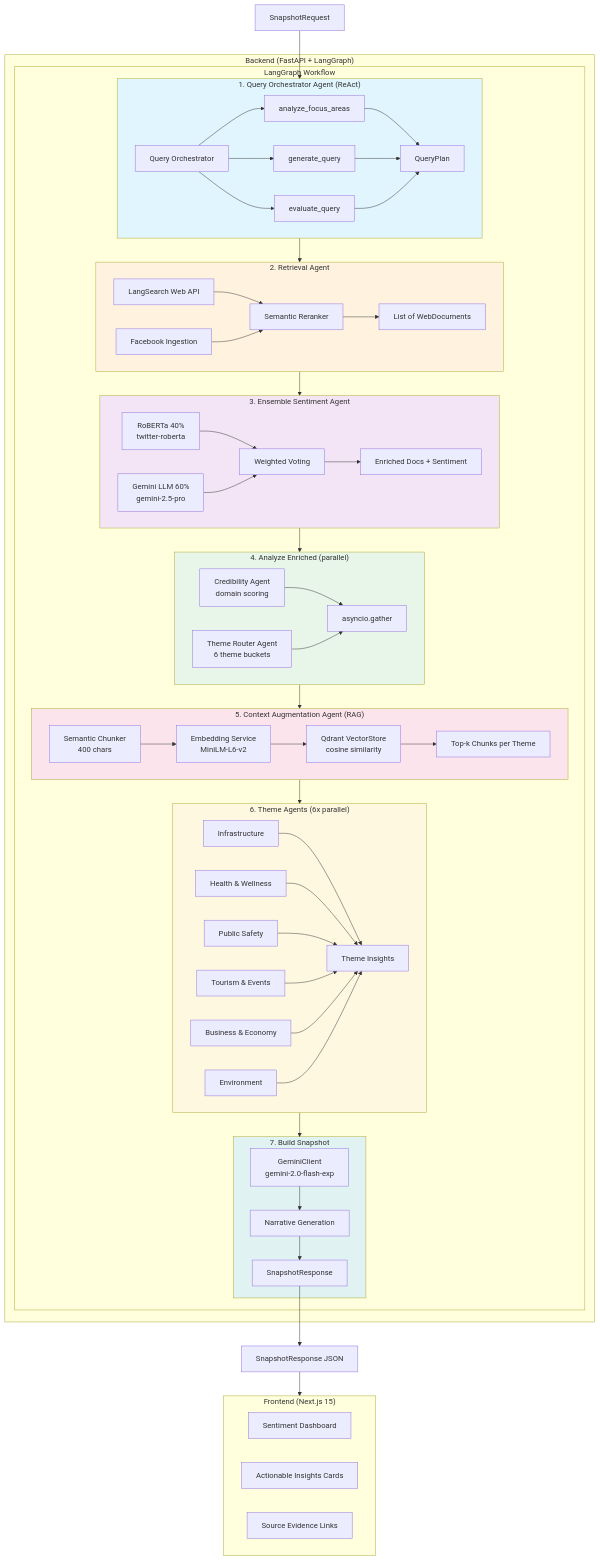
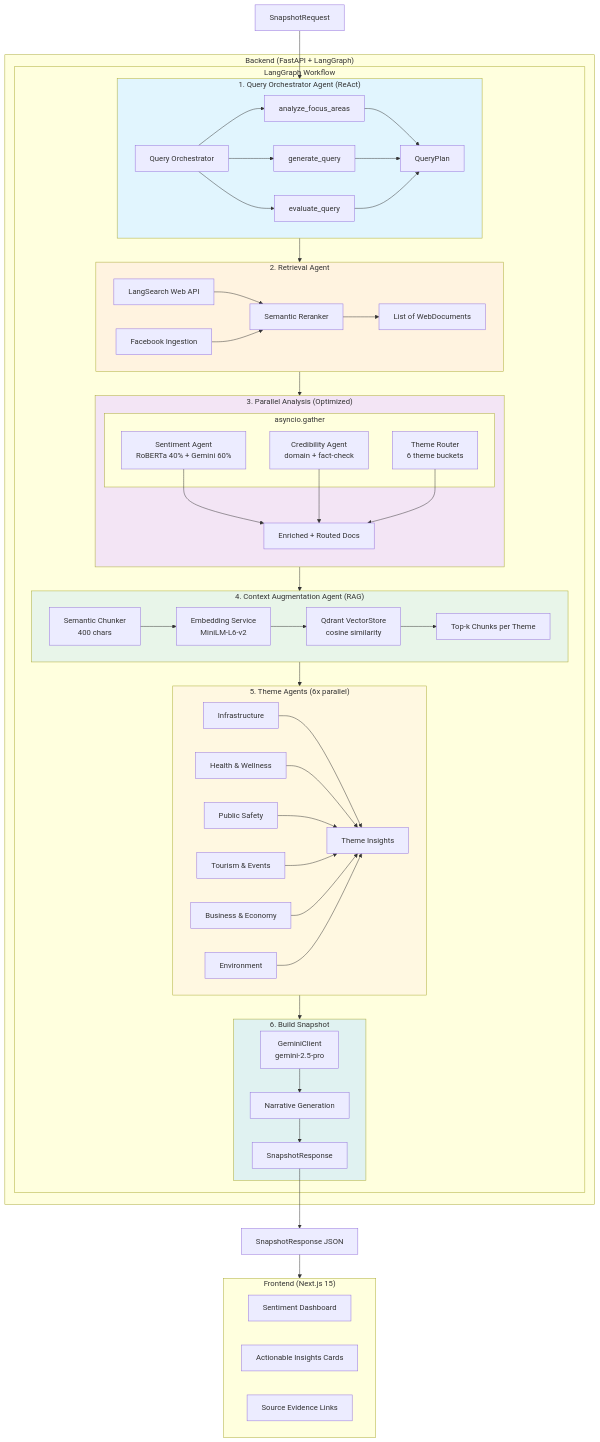
Before and after one commit to donyelqt/Hinaing: the first of 3 diagrams in docs/ARCHITECTURE.md, drawn with Mermaid. The commit also changed other lines of this file and 15 other files, not shown here.

Commit message:
feat: Implement sentiment analysis and insight generation with Gemini NLP, AI agents, and a new frontend generator hook.

````diff
--- a/docs/ARCHITECTURE.md
+++ b/docs/ARCHITECTURE.md
@@ -36,23 +59,17 @@
                 RR --> Docs
             end
 
-            subgraph Stage3["3. Ensemble Sentiment Agent"]
-                RB[RoBERTa 40%<br/>twitter-roberta]
-                GM[Gemini LLM 60%<br/>gemini-2.5-pro]
-                WV[Weighted Voting]
-                RB & GM --> WV
-                ED[Enriched Docs + Sentiment]
-                WV --> ED
+            subgraph Stage3["3. Parallel Analysis (Optimized)"]
+                direction TB
+                subgraph Parallel["asyncio.gather"]
+                    SA[Sentiment Agent<br/>RoBERTa 40% + Gemini 60%]
+                    CA[Credibility Agent<br/>domain + fact-check]
+                    TR[Theme Router<br/>6 theme buckets]
+                end
+                SA & CA & TR --> ED[Enriched + Routed Docs]
             end
 
-            subgraph Stage4["4. Analyze Enriched (parallel)"]
-                CA[Credibility Agent<br/>domain scoring]
-                TR[Theme Router Agent<br/>6 theme buckets]
-                AG[asyncio.gather]
-                CA & TR --> AG
-            end
-
-            subgraph Stage5["5. Context Augmentation Agent (RAG)"]
+            subgraph Stage4["4. Context Augmentation Agent (RAG)"]
                 SC[Semantic Chunker<br/>400 chars]
                 ES[Embedding Service<br/>MiniLM-L6-v2]
                 VS[Qdrant VectorStore<br/>cosine similarity]
@@ -61,7 +78,7 @@
                 VS --> TK
             end
 
-            subgraph Stage6["6. Theme Agents (6x parallel)"]
+            subgraph Stage5["5. Theme Agents (6x parallel)"]
                 TH1[Infrastructure]
                 TH2[Health & Wellness]
                 TH3[Public Safety]
@@ -72,15 +89,15 @@
                 TH1 & TH2 & TH3 & TH4 & TH5 & TH6 --> TI
             end
 
-            subgraph Stage7["7. Build Snapshot"]
-                GC[GeminiClient<br/>gemini-2.0-flash-exp]
+            subgraph Stage6["6. Build Snapshot"]
+                GC[GeminiClient<br/>gemini-2.5-pro]
                 NR[Narrative Generation]
                 GC --> NR
                 SR[SnapshotResponse]
                 NR --> SR
             end
 
-            Stage1 --> Stage2 --> Stage3 --> Stage4 --> Stage5 --> Stage6 --> Stage7
+            Stage1 --> Stage2 --> Stage3 --> Stage4 --> Stage5 --> Stage6
         end
     end
 
@@ -92,7 +109,6 @@
     style Stage2 fill:#fff3e0
     style Stage3 fill:#f3e5f5
     style Stage4 fill:#e8f5e9
-    style Stage5 fill:#fce4ec
-    style Stage6 fill:#fff8e1
-    style Stage7 fill:#e0f2f1
+    style Stage5 fill:#fff8e1
+    style Stage6 fill:#e0f2f1
 ```
````
